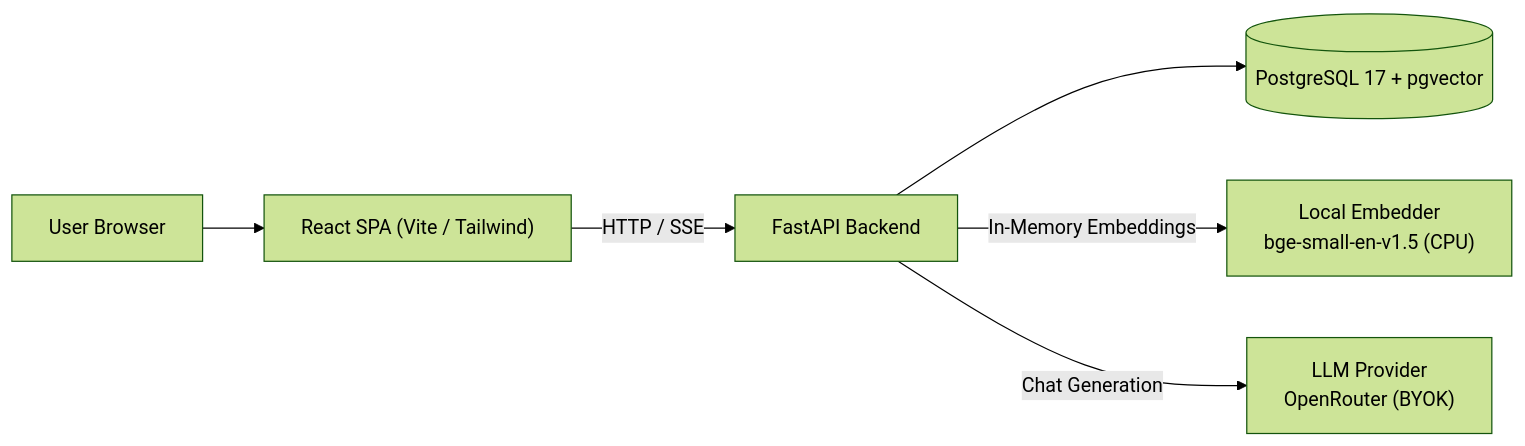
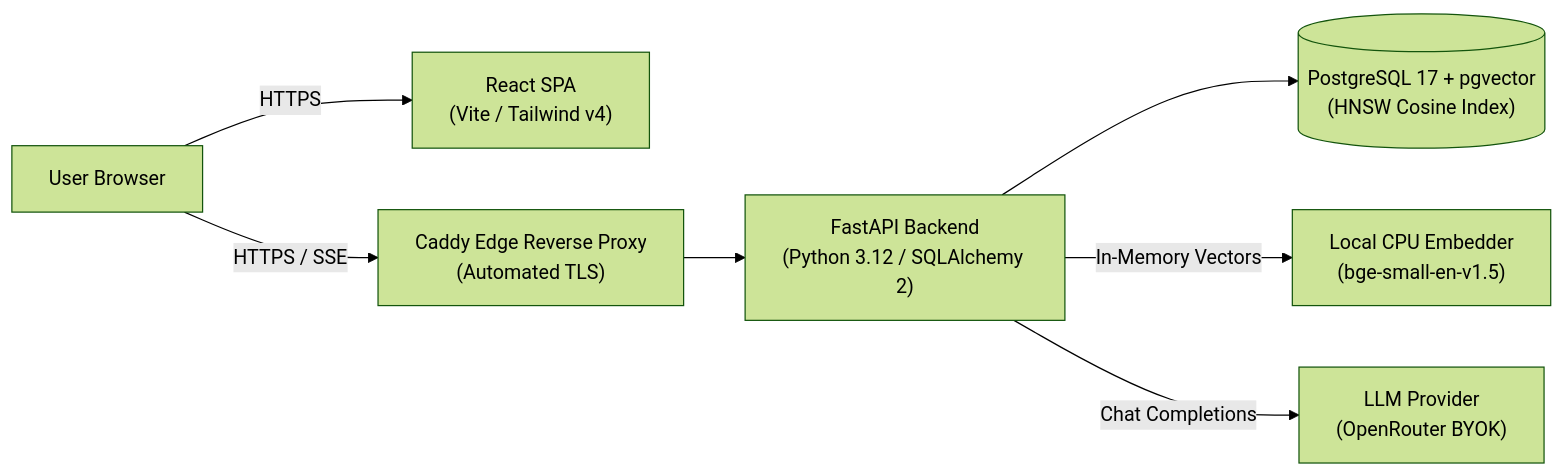
Before and after one commit to Hrishikesh2512/RAGnarock: the diagram in README.md, drawn with Mermaid (forest theme). The commit also changed other lines of this file and 19 other files, not shown here.

````diff
--- a/README.md
+++ b/README.md
@@ -11,15 +48,17 @@
 ```mermaid
 flowchart LR
     user["User Browser"]
-    web["React SPA (Vite / Tailwind)"]
-    api["FastAPI Backend"]
-    db[("PostgreSQL 17 + pgvector")]
-    emb["Local Embedder<br/>bge-small-en-v1.5 (CPU)"]
-    llm["LLM Provider<br/>OpenRouter (BYOK)"]
+    web["React SPA<br/>(Vite / Tailwind v4)"]
+    edge["Caddy Edge Reverse Proxy<br/>(Automated TLS)"]
+    api["FastAPI Backend<br/>(Python 3.12 / SQLAlchemy 2)"]
+    db[("PostgreSQL 17 + pgvector<br/>(HNSW Cosine Index)")]
+    emb["Local CPU Embedder<br/>(bge-small-en-v1.5)"]
+    llm["LLM Provider<br/>(OpenRouter BYOK)"]
 
-    user --> web
-    web -->|"HTTP / SSE"| api
+    user -->|"HTTPS"| web
+    user -->|"HTTPS / SSE"| edge
+    edge --> api
     api --> db
-    api -->|"In-Memory Embeddings"| emb
-    api -->|"Chat Generation"| llm
+    api -->|"In-Memory Vectors"| emb
+    api -->|"Chat Completions"| llm
 ```
````
